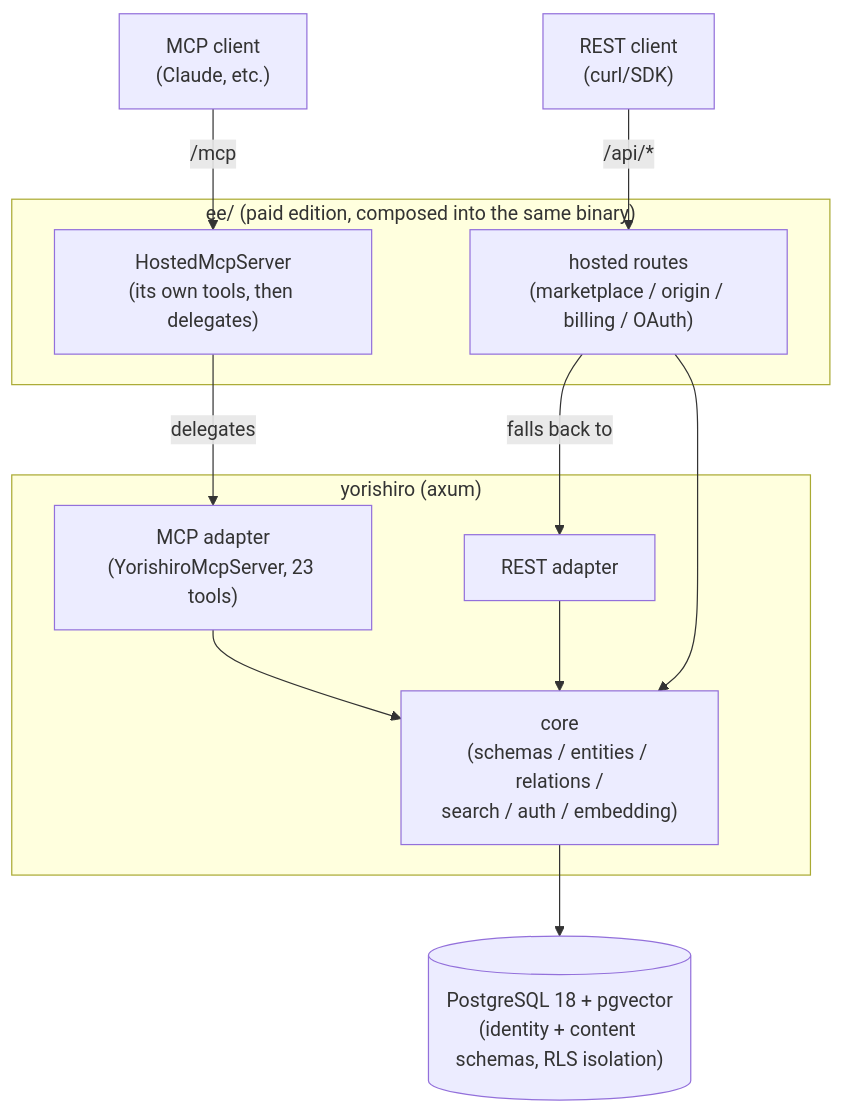
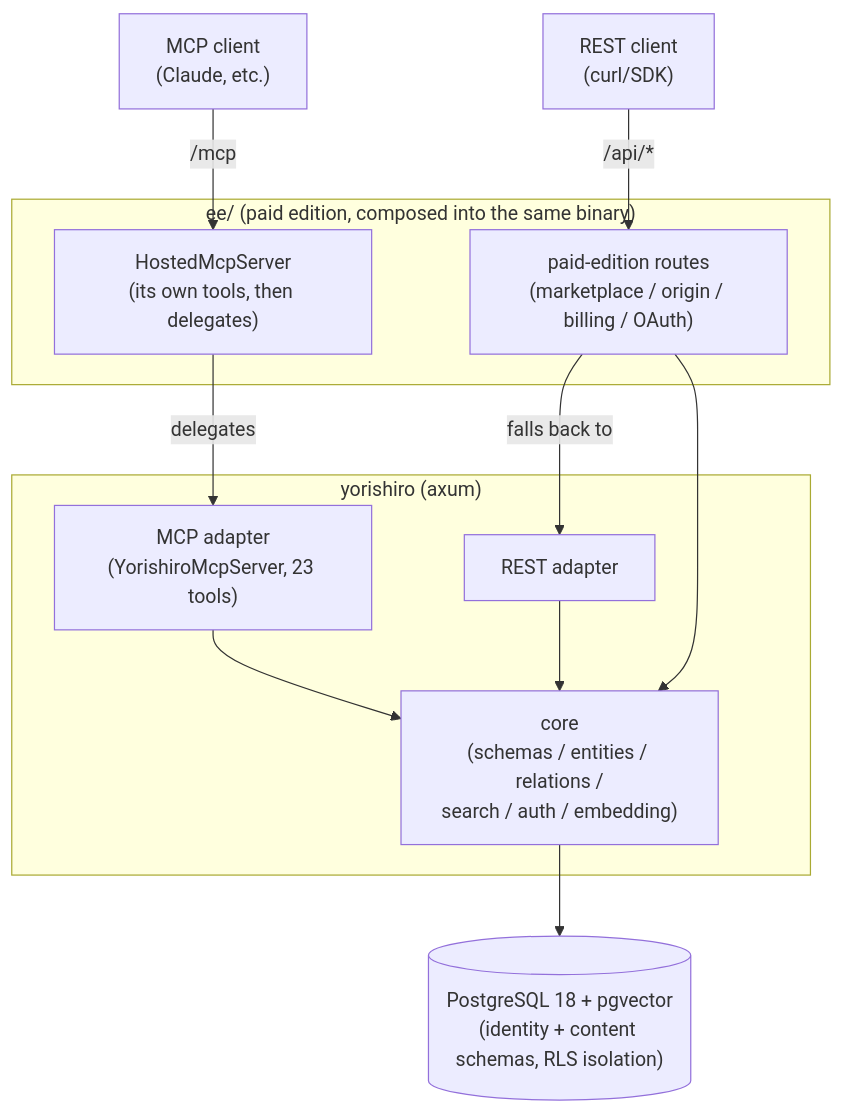
Before and after one commit to yorishiro-ai/yorishiro: the first of 3 diagrams in README.md, drawn with Mermaid. The commit also changed 15 other files, not shown here.

````diff
--- a/README.md
+++ b/README.md
@@ -12,27 +12,27 @@
 ```mermaid
 flowchart TD
     MCPClient["MCP client<br/>(Claude, etc.)"]
     RESTClient["REST client<br/>(curl/SDK)"]
 
     subgraph Paid["ee/ (paid edition, composed into the same binary)"]
         HostedMCP["HostedMcpServer<br/>(its own tools, then delegates)"]
-        HostedREST["hosted routes<br/>(marketplace / origin / billing / OAuth)"]
+        HostedREST["paid-edition routes<br/>(marketplace / origin / billing / OAuth)"]
     end
 
     subgraph Server["yorishiro (axum)"]
         MCPAdapter["MCP adapter<br/>(YorishiroMcpServer, 23 tools)"]
         RESTAdapter["REST adapter"]
         Core["core<br/>(schemas / entities / relations /<br/>search / auth / embedding)"]
         MCPAdapter --> Core
         RESTAdapter --> Core
     end
 
     DB[("PostgreSQL 18 + pgvector<br/>(identity + content schemas, RLS isolation)")]
 
     MCPClient -->|"/mcp"| HostedMCP
     RESTClient -->|"/api/*"| HostedREST
     HostedMCP -->|"delegates"| MCPAdapter
     HostedREST -->|"falls back to"| RESTAdapter
     HostedREST --> Core
     Core --> DB
 ```
````
